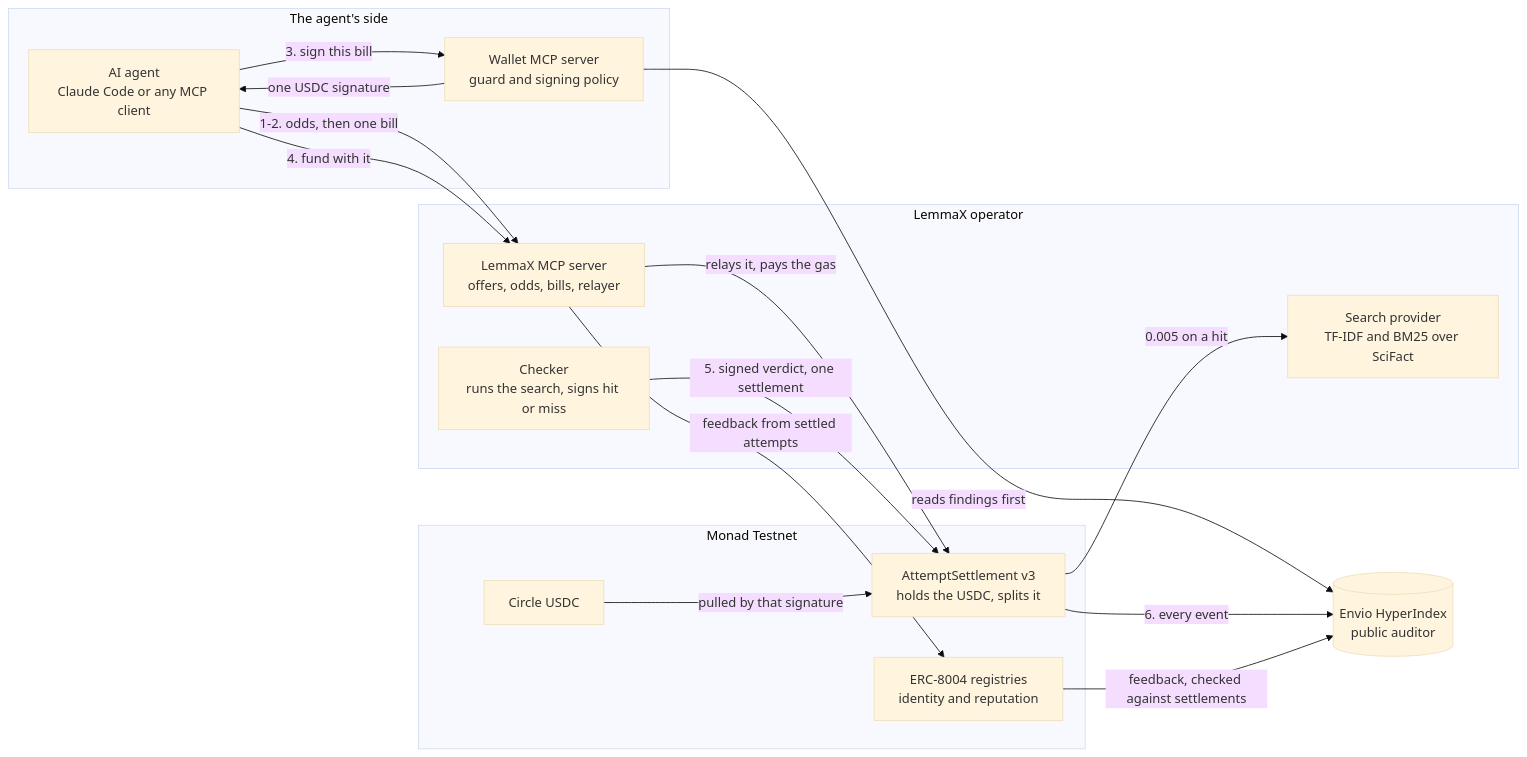
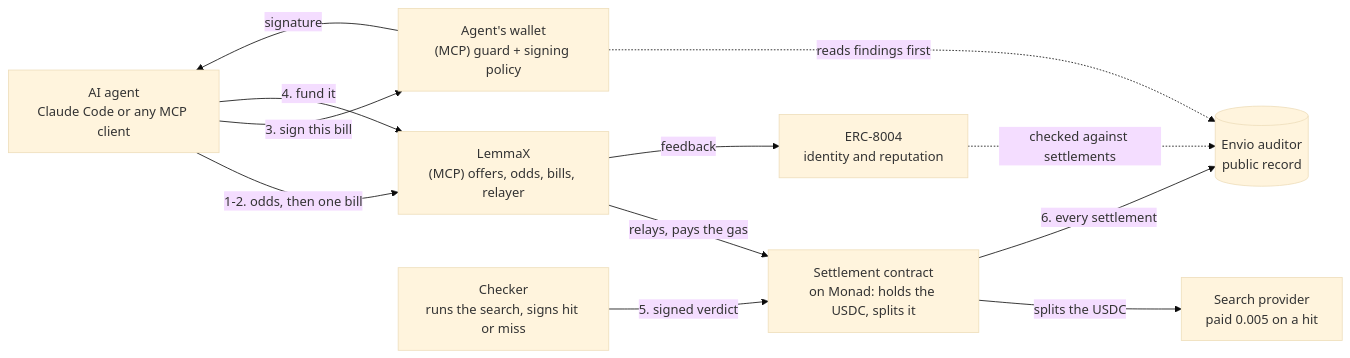
Before and after one commit to 4waan/LemmaX: the first of 2 diagrams in README.md, drawn with Mermaid (base theme).

Commit message:
Simplify the README architecture diagram

````diff
--- a/README.md
+++ b/README.md
@@ -95,31 +95,23 @@
 ```mermaid
 flowchart LR
-    subgraph AG["The agent's side"]
-        A["AI agent<br/>Claude Code or any MCP client"]
-        W["Wallet MCP server<br/>guard and signing policy"]
-    end
-    subgraph LX["LemmaX operator"]
-        L["LemmaX MCP server<br/>offers, odds, bills, relayer"]
-        C["Checker<br/>runs the search, signs hit or miss"]
-        P["Search provider<br/>TF-IDF and BM25 over SciFact"]
-    end
-    subgraph MO["Monad Testnet"]
-        S["AttemptSettlement v3<br/>holds the USDC, splits it"]
-        U["Circle USDC"]
-        R["ERC-8004 registries<br/>identity and reputation"]
-    end
-    E[("Envio HyperIndex<br/>public auditor")]
+    A["AI agent<br/>Claude Code or any MCP client"]
+    W["Agent's wallet<br/>(MCP) guard + signing policy"]
+    L["LemmaX<br/>(MCP) offers, odds, bills, relayer"]
+    S["Settlement contract<br/>on Monad: holds the USDC, splits it"]
+    C["Checker<br/>runs the search, signs hit or miss"]
+    P["Search provider<br/>paid 0.005 on a hit"]
+    E[("Envio auditor<br/>public record")]
+    R["ERC-8004<br/>identity and reputation"]
 
     A -->|"1-2. odds, then one bill"| L
     A -->|"3. sign this bill"| W
-    W -->|"reads findings first"| E
-    W -->|"one USDC signature"| A
-    A -->|"4. fund with it"| L
-    L -->|"relays it, pays the gas"| S
-    U -->|"pulled by that signature"| S
-    C -->|"5. signed verdict, one settlement"| S
-    S -->|"0.005 on a hit"| P
-    S -->|"6. every event"| E
-    L -->|"feedback from settled attempts"| R
-    R -->|"feedback, checked against settlements"| E
+    W -.->|"reads findings first"| E
+    W -->|"signature"| A
+    A -->|"4. fund it"| L
+    L -->|"relays, pays the gas"| S
+    C -->|"5. signed verdict"| S
+    S -->|"splits the USDC"| P
+    S -->|"6. every settlement"| E
+    L -->|"feedback"| R
+    R -.->|"checked against settlements"| E
 ```
````
